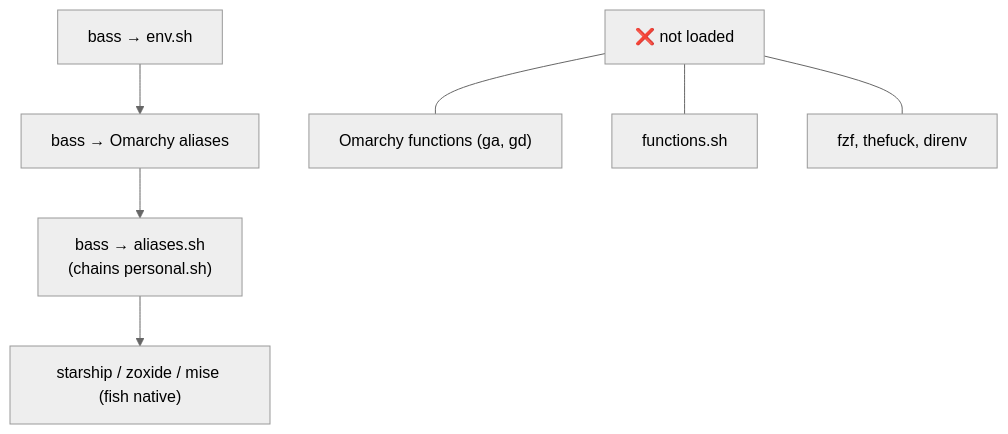
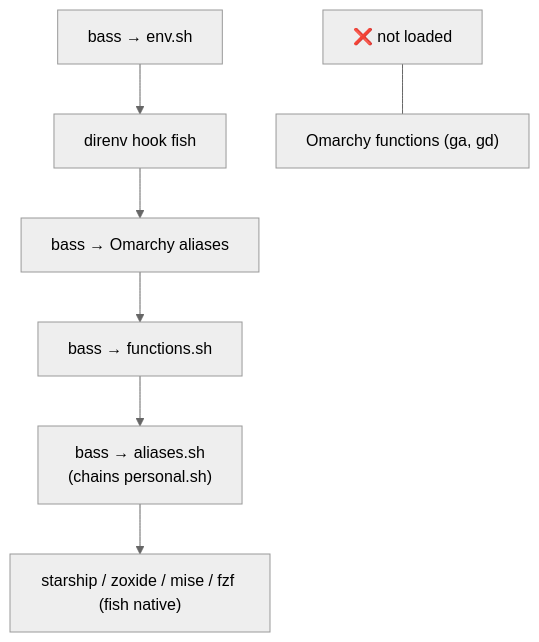
One commit to p10ns11y/shellyxz.sh changed the tenth of 11 diagrams in shell.md. Above: the diagram before and after it, drawn with Mermaid (neutral theme). The commit also changed other lines of this file and 6 other files, not shown here.

````diff
--- a/shell.md
+++ b/shell.md
@@ -252,10 +361,10 @@
 ```mermaid
 flowchart TD
-    F1["bass → env.sh"] --> F2["bass → Omarchy aliases"]
-    F2 --> F3["bass → aliases.sh<br/>(chains personal.sh)"]
-    F3 --> F4["starship / zoxide / mise (fish native)"]
+    F1["bass → env.sh"] --> F2["direnv hook fish"]
+    F2 --> F3["bass → Omarchy aliases"]
+    F3 --> F4["bass → functions.sh"]
+    F4 --> F5["bass → aliases.sh<br/>(chains personal.sh)"]
+    F5 --> F6["starship / zoxide / mise / fzf (fish native)"]
 
-    F5["❌ not loaded"] --- F5a["Omarchy functions (ga, gd)"]
-    F5 --- F5b["functions.sh"]
-    F5 --- F5c["fzf, thefuck, direnv"]
+    F7["❌ not loaded"] --- F7a["Omarchy functions (ga, gd)"]
 ```
````
